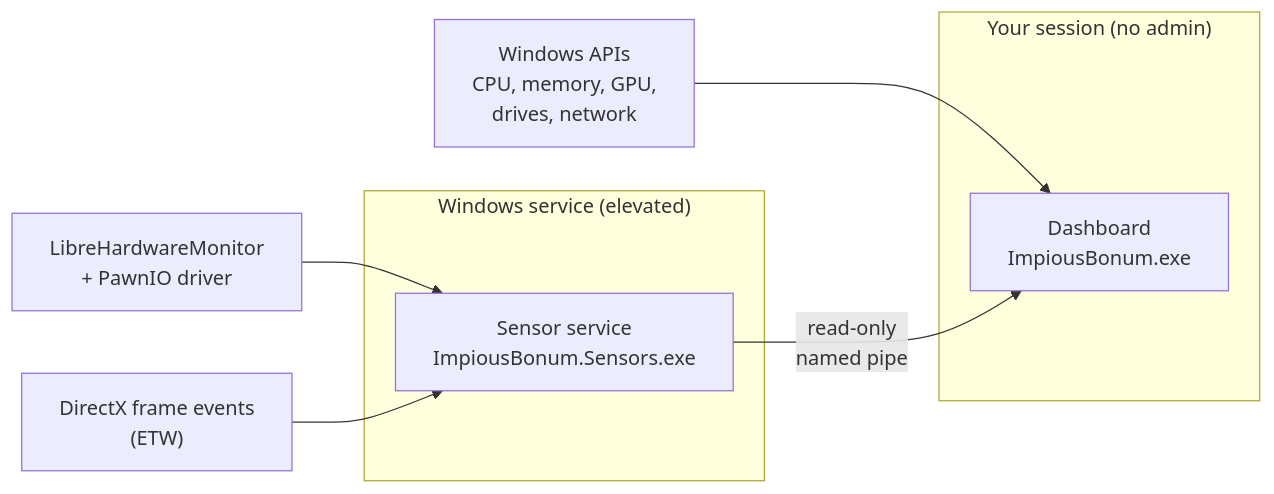
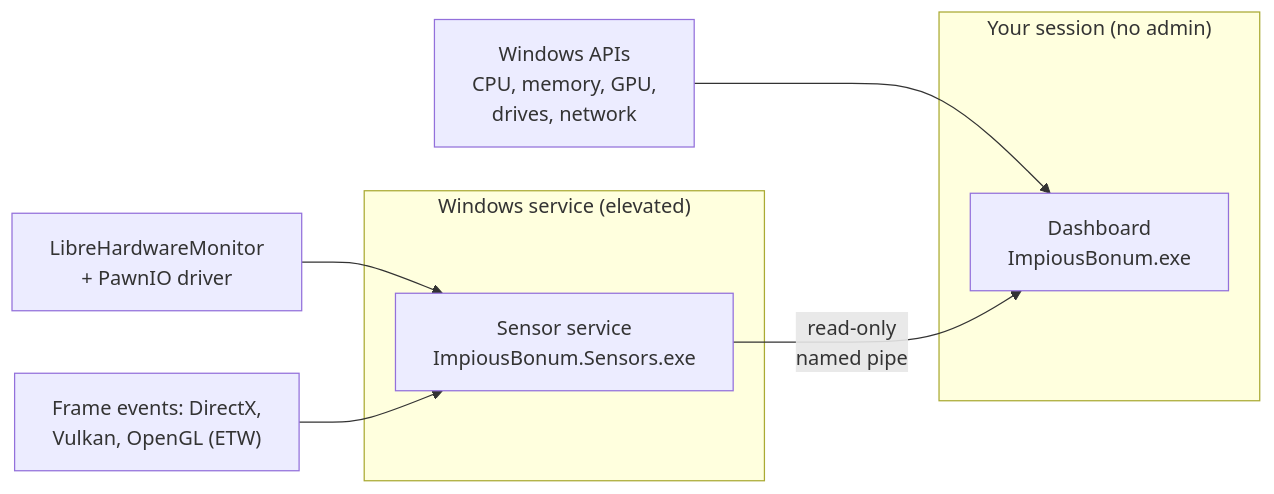
The diagram in README.md (ChaoDjinn/ImpiousBonum), drawn with Mermaid before and after one commit. The commit also changed other lines of this file and 4 other files, not shown here.

First line of the commit message:
FPS: count Vulkan and OpenGL frames from DxgKrnl present events

````diff
--- a/README.md
+++ b/README.md
@@ -100,13 +100,13 @@
 ```mermaid
 flowchart LR
     lhm["LibreHardwareMonitor<br/>+ PawnIO driver"] --> sensors
-    etw["DirectX frame events<br/>(ETW)"] --> sensors
+    etw["Frame events: DirectX,<br/>Vulkan, OpenGL (ETW)"] --> sensors
     subgraph svc["Windows service (elevated)"]
         sensors["Sensor service<br/>ImpiousBonum.Sensors.exe"]
     end
     subgraph you["Your session (no admin)"]
         dash["Dashboard<br/>ImpiousBonum.exe"]
     end
     win["Windows APIs<br/>CPU, memory, GPU,<br/>drives, network"] --> dash
     sensors -- "read-only<br/>named pipe" --> dash
 ```
````
